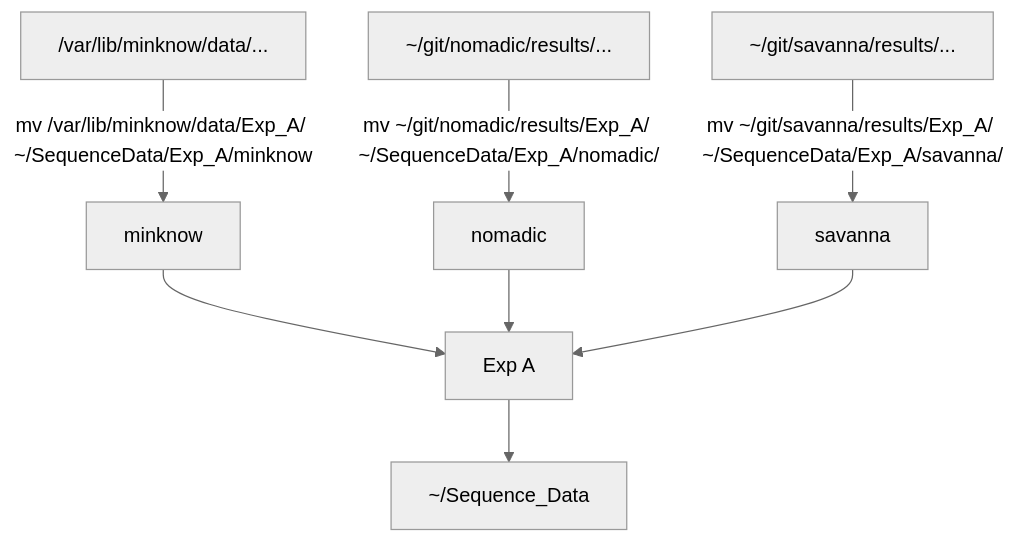
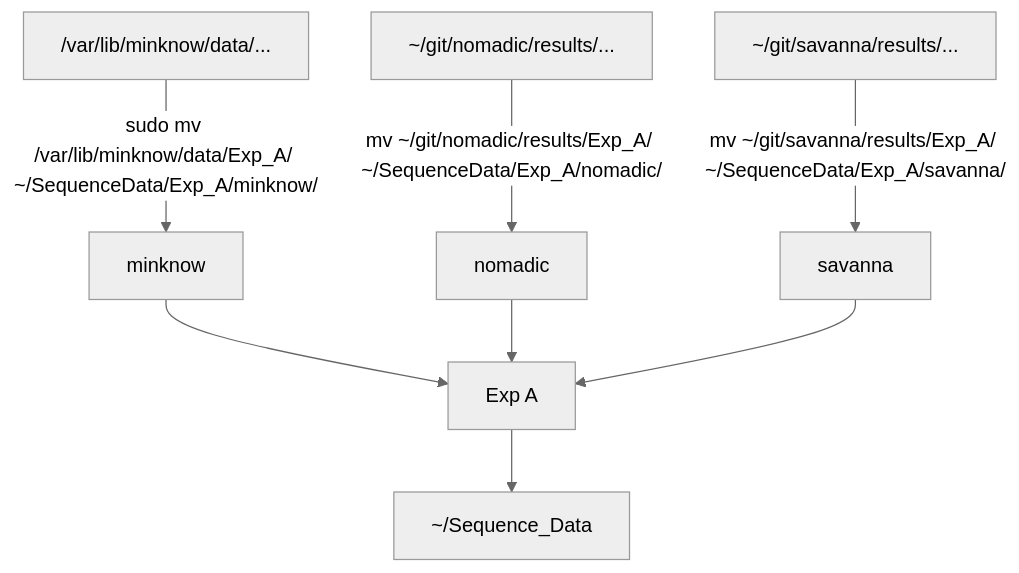
One commit to nomads-community/warehouse changed the third of 4 diagrams in README.md. Above: the diagram before and after it, drawn with Mermaid (neutral theme). The commit also changed other lines of this file, not shown here.

````diff
--- a/README.md
+++ b/README.md
@@ -81,10 +81,10 @@
 ```mermaid
 graph TD;
-    A["/var/lib/minknow/data/..."]-->|"mv /var/lib/minknow/data/Exp_A/ ~/SequenceData/Exp_A/minknow"| B[minknow];
+    A["/var/lib/minknow/data/..."]-->|"sudo mv /var/lib/minknow/data/Exp_A/ ~/SequenceData/Exp_A/minknow/"| B[minknow];
     C["~/git/nomadic/results/..."]-->|"mv ~/git/nomadic/results/Exp_A/ ~/SequenceData/Exp_A/nomadic/"|D[nomadic];
     E[" ~/git/savanna/results/..."]-->|"mv ~/git/savanna/results/Exp_A/ ~/SequenceData/Exp_A/savanna/"|F[savanna];
     B--> G[Exp A];
     D--> G;
     F--> G;
     G--> H["~/Sequence_Data"]
 ```
````
